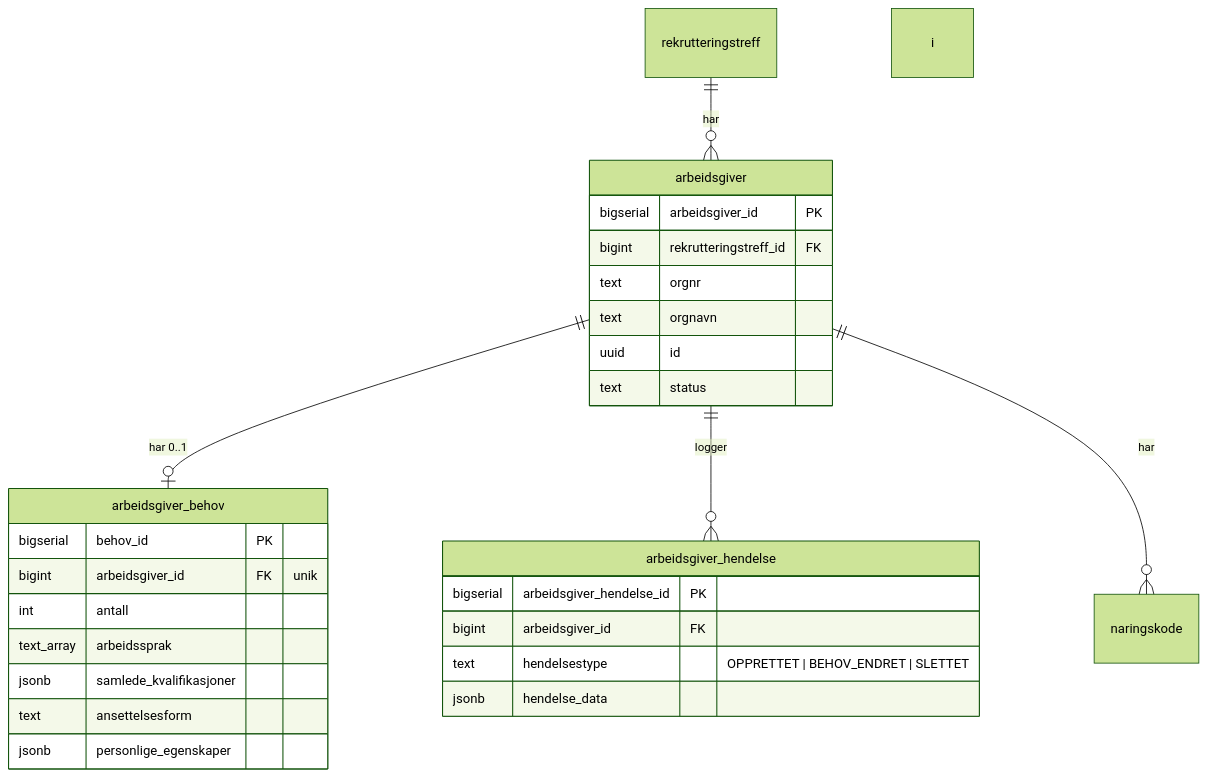
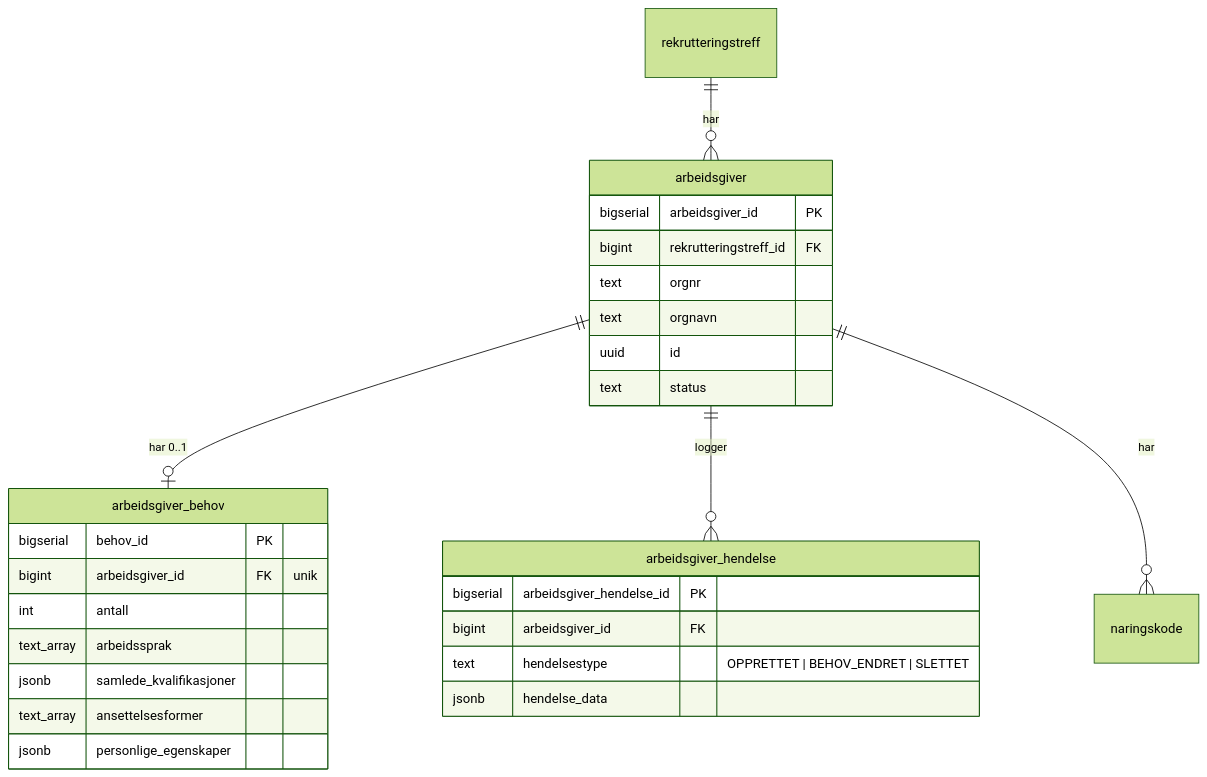
Before and after one commit to navikt/rekrutteringstreff-backend: the first of 3 diagrams in docs/9-planer/arbeidsgiver_behov/arbeidsgivers-behov.md, drawn with Mermaid (forest theme). The commit also changed other lines of this file, not shown here.

````diff
--- a/docs/9-planer/arbeidsgiver_behov/arbeidsgivers-behov.md
+++ b/docs/9-planer/arbeidsgiver_behov/arbeidsgivers-behov.md
@@ -70,31 +70,30 @@
 ```mermaid
 erDiagram
     rekrutteringstreff ||--o{ arbeidsgiver : har
     arbeidsgiver ||--o| arbeidsgiver_behov : "har 0..1"
     arbeidsgiver ||--o{ arbeidsgiver_hendelse : logger
     arbeidsgiver ||--o{ naringskode : har
-i
     arbeidsgiver {
         bigserial arbeidsgiver_id PK
         bigint rekrutteringstreff_id FK
         text orgnr
         text orgnavn
         uuid id
         text status
     }
     arbeidsgiver_behov {
         bigserial behov_id PK
         bigint arbeidsgiver_id FK "unik"
         int antall
         text_array arbeidssprak
         jsonb samlede_kvalifikasjoner
-        text ansettelsesform
+        text_array ansettelsesformer
         jsonb personlige_egenskaper
     }
     arbeidsgiver_hendelse {
         bigserial arbeidsgiver_hendelse_id PK
         bigint arbeidsgiver_id FK
         text hendelsestype "OPPRETTET | BEHOV_ENDRET | SLETTET"
         jsonb hendelse_data
     }
 ```
````
